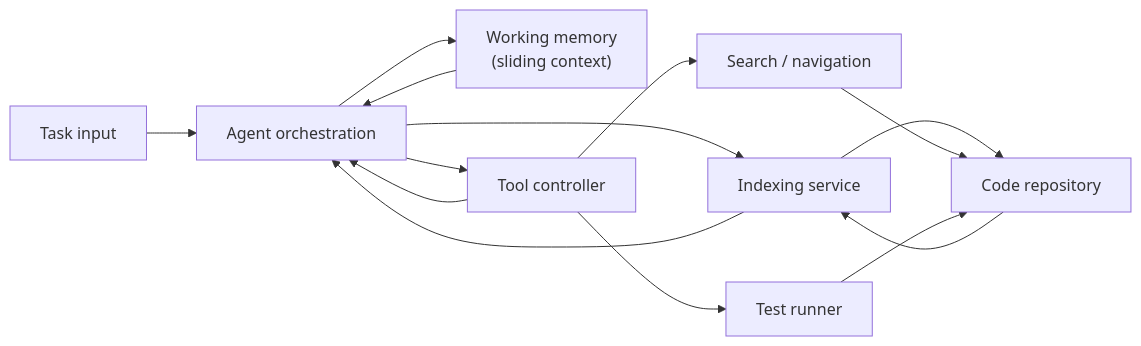
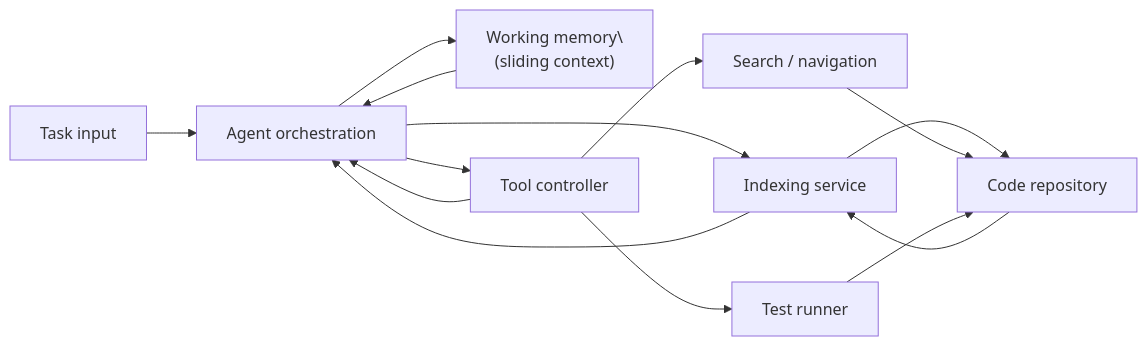
The diagram in README.md (ynotopec/coder-brain), drawn with Mermaid before and after one commit. The commit also changed other lines of this file, not shown here.

````diff
--- a/README.md
+++ b/README.md
@@ -40,16 +122,16 @@
 ```mermaid
 flowchart LR
     Task["Task input"] --> Agent["Agent orchestration"]
-    Agent --> WM["Working memory\n(sliding context)"]
+    Agent --> WM["Working memory\\n(sliding context)"]
     Agent --> Index["Indexing service"]
     Agent --> Tools["Tool controller"]
     WM --> Agent
     Index --> Agent
     Tools --> Agent
     Index --> Repo["Code repository"]
     Tools --> Search["Search / navigation"]
     Tools --> Tests["Test runner"]
     Search --> Repo
     Tests --> Repo
     Repo --> Index
 ```
````
